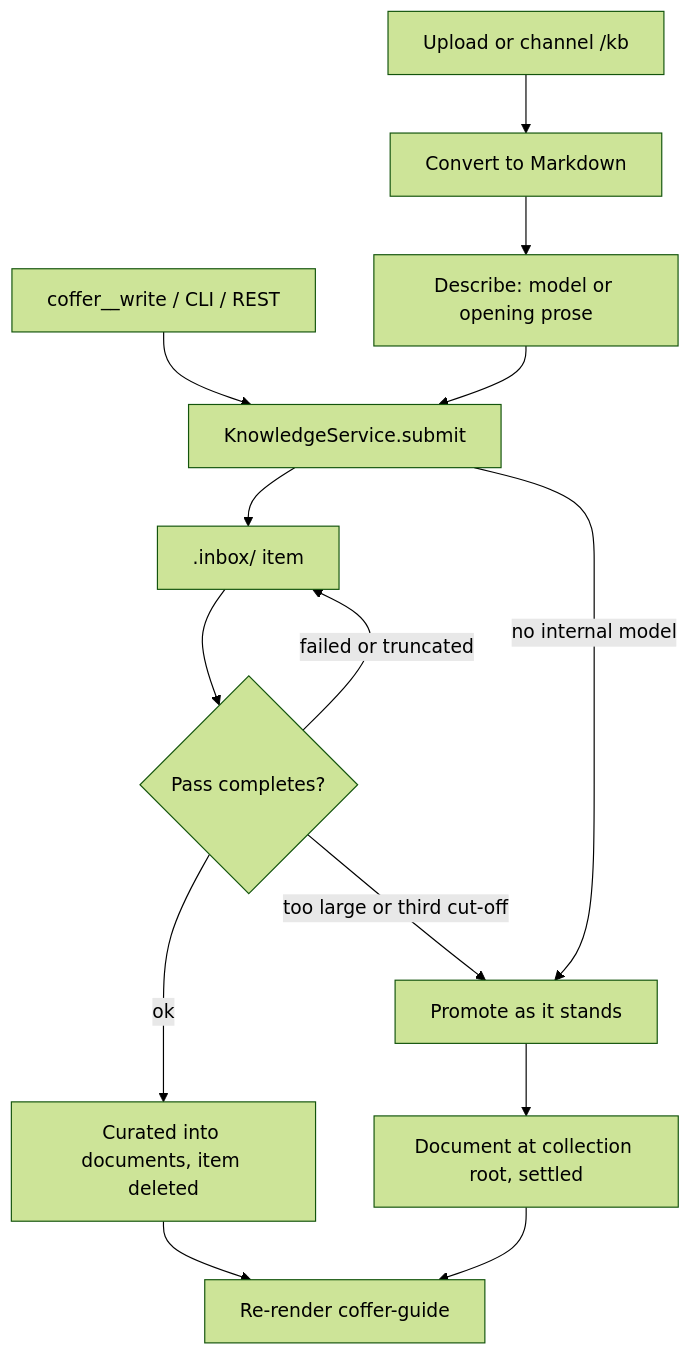
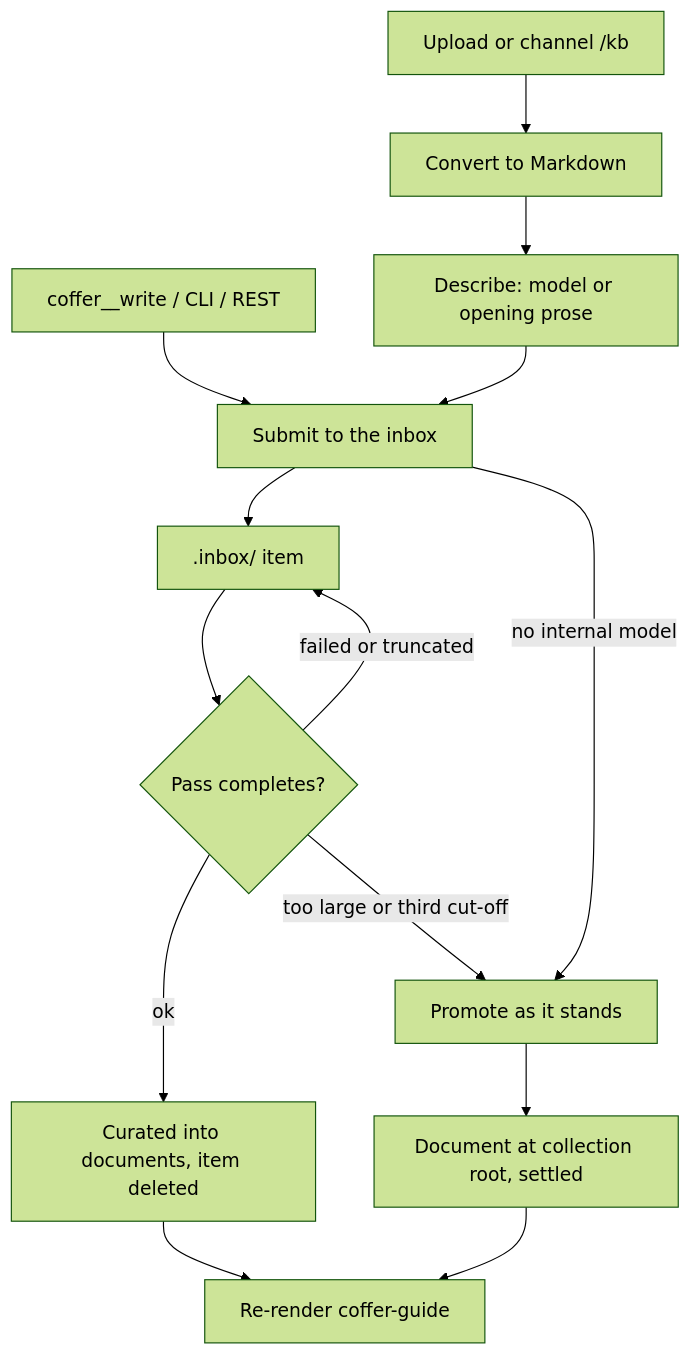
Before and after one commit to wyx-sg/Coffer: the first of 3 diagrams in docs-site/architecture/knowledge.md, drawn with Mermaid (forest theme). The commit also changed other lines of this file and 29 other files, not shown here.

First line of the commit message:
docs(site): explain the architecture in plain terms, without source detail

````diff
--- a/docs-site/architecture/knowledge.md
+++ b/docs-site/architecture/knowledge.md
@@ -100,16 +100,16 @@
 ```mermaid
 flowchart TD
-  W["coffer__write / CLI / REST"] --> S["KnowledgeService.submit"]
+  W["coffer__write / CLI / REST"] --> S["Submit to the inbox"]
   U["Upload or channel /kb"] --> C["Convert to Markdown"]
   C --> D["Describe: model or opening prose"]
   D --> S
   S --> I[".inbox/ item"]
   S -->|"no internal model"| P["Promote as it stands"]
   I --> Q{"Pass completes?"}
   Q -->|"ok"| M["Curated into documents, item deleted"]
   Q -->|"failed or truncated"| I
   Q -->|"too large or third cut-off"| P
   P --> DOC["Document at collection root, settled"]
   M --> G["Re-render coffer-guide"]
   DOC --> G
 ```
````
